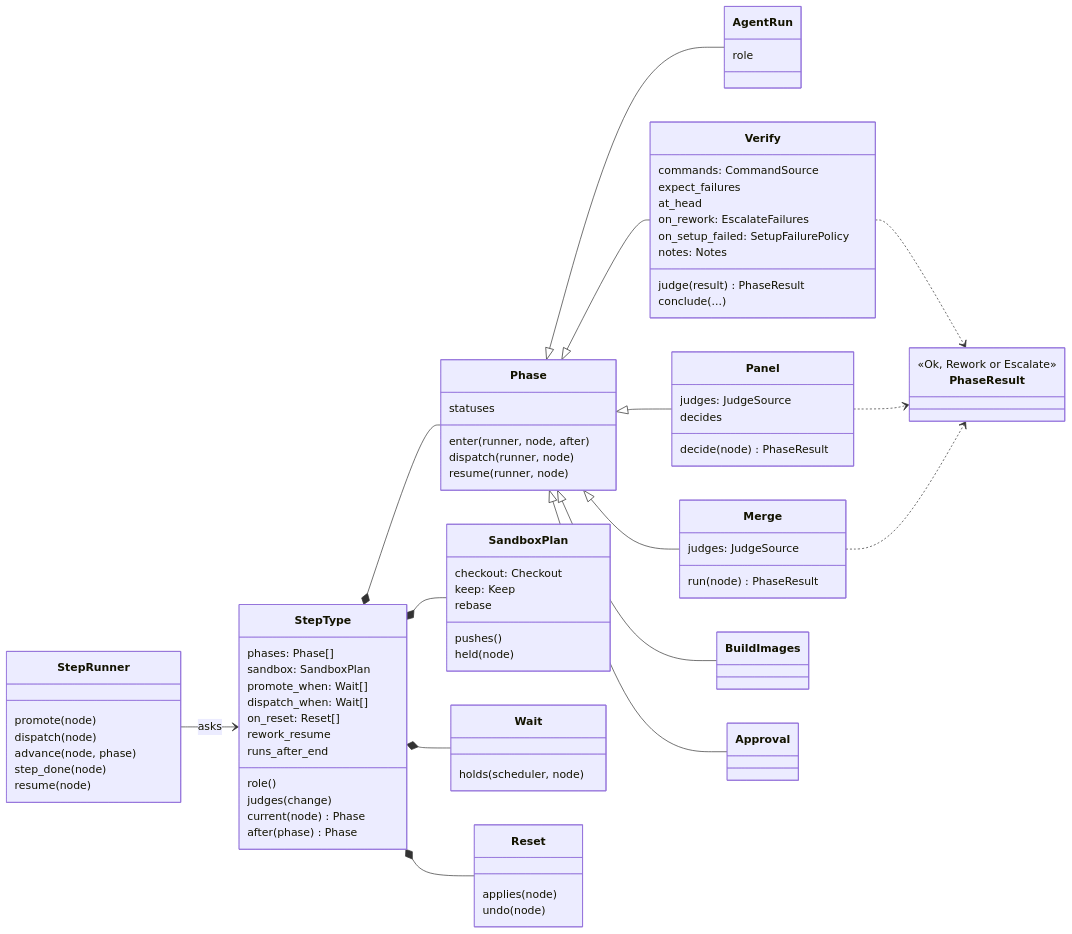
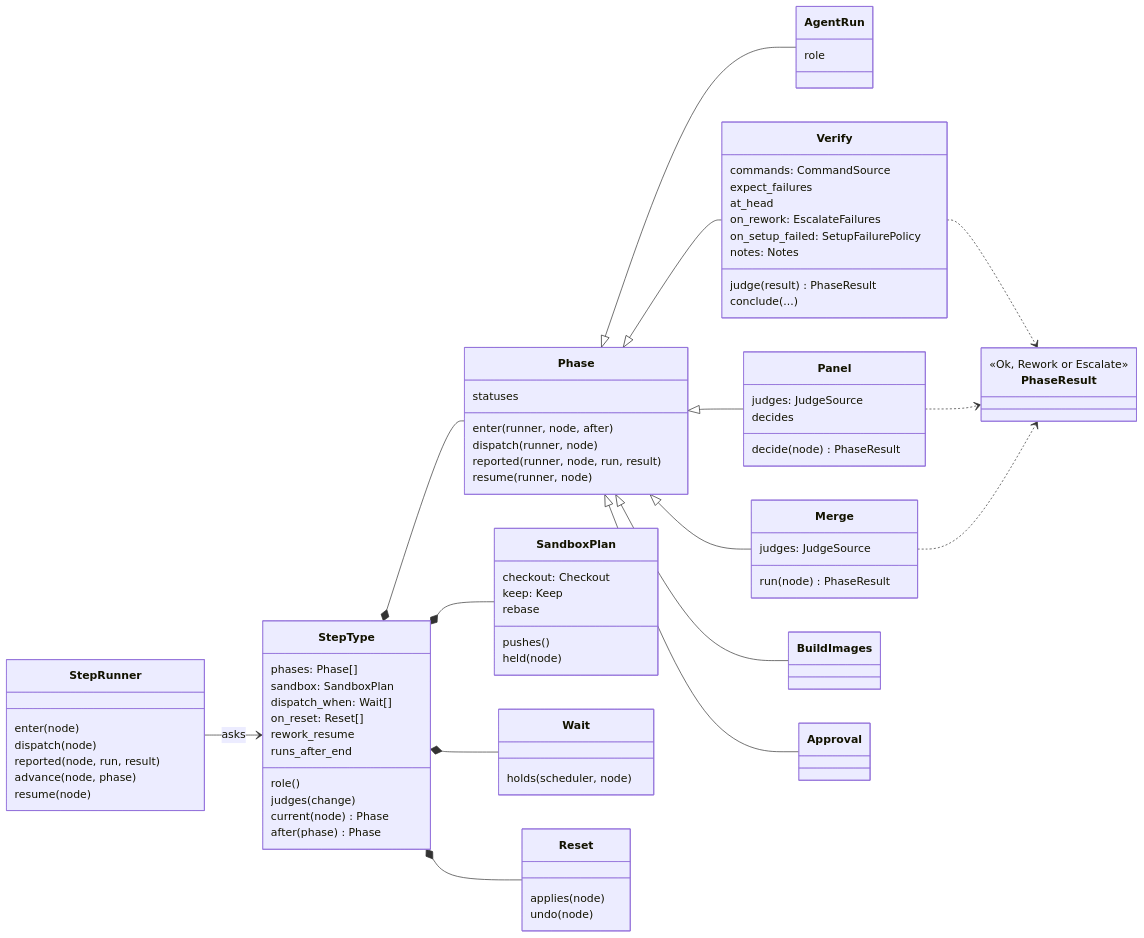
The third of 5 diagrams in docs/architecture.md (mr-miles/orchestrator), drawn with Mermaid before and after one commit. The commit also changed other lines of this file, not shown here.

First line of the commit message:
Docs: the sequence as it is – the runtime calls the core, state links back

```diff
--- a/docs/architecture.md
+++ b/docs/architecture.md
@@ -157,7 +178,6 @@
     class StepType {
         phases: Phase[]
         sandbox: SandboxPlan
-        promote_when: Wait[]
         dispatch_when: Wait[]
         on_reset: Reset[]
         rework_resume
@@ -168,16 +188,17 @@
         after(phase) Phase
     }
     class StepRunner {
-        promote(node)
+        enter(node)
         dispatch(node)
+        reported(node, run, result)
         advance(node, phase)
-        step_done(node)
         resume(node)
     }
     class Phase {
         statuses
         enter(runner, node, after)
         dispatch(runner, node)
+        reported(runner, node, run, result)
         resume(runner, node)
     }
     class AgentRun {
```
